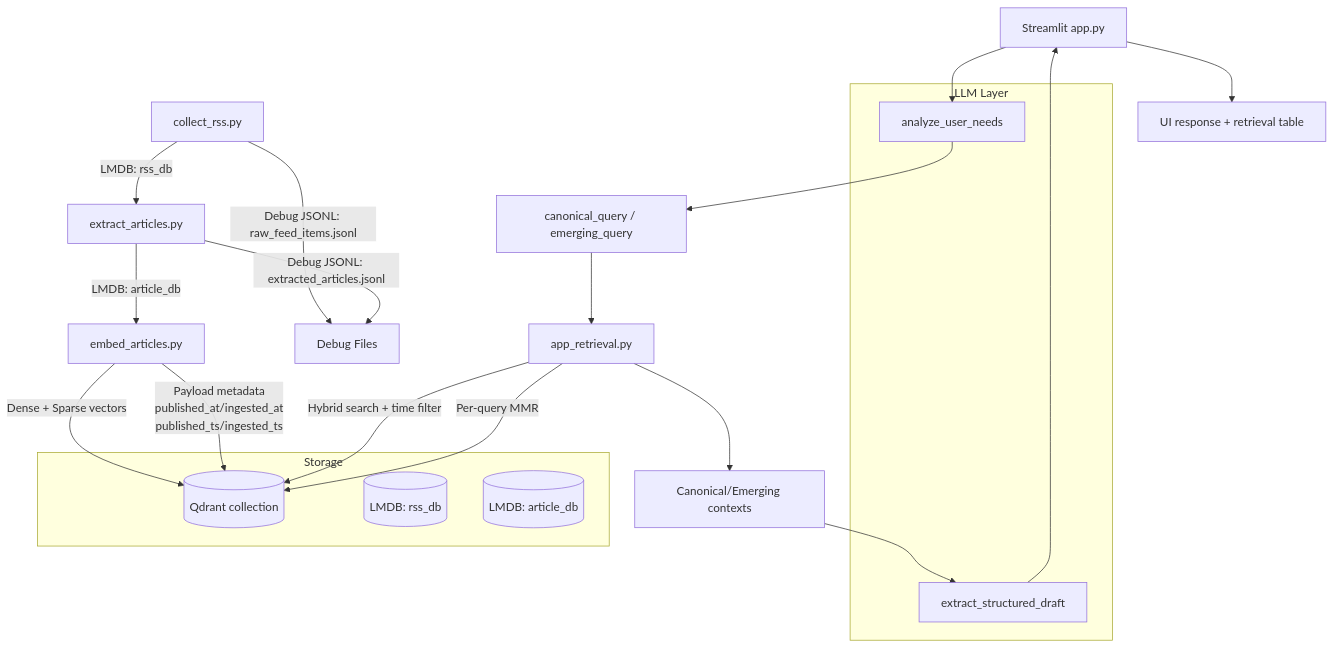
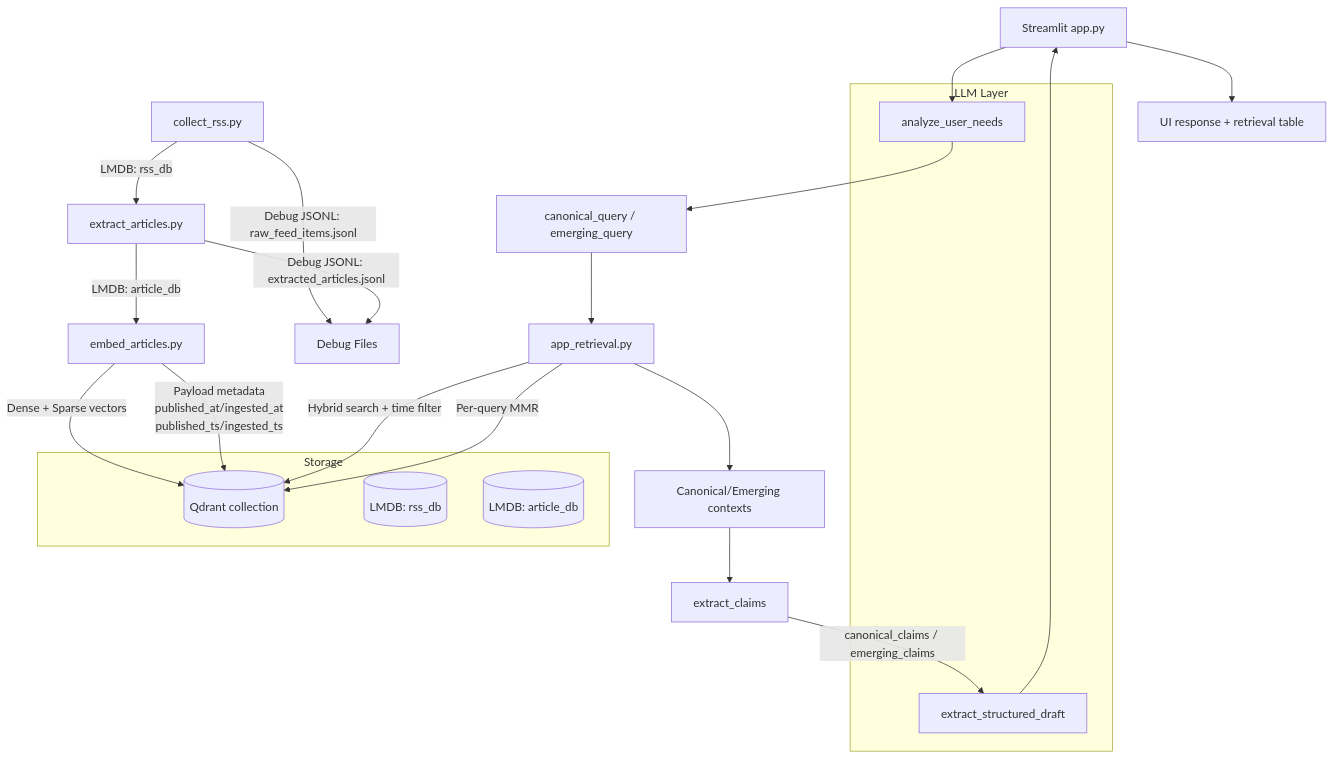
One commit to mofuteq/trend-to-rule changed the diagram in README.md. Above: the diagram before and after it, drawn with Mermaid. The commit also changed other lines of this file and 1 other file, not shown here.

Commit message:
chore: add MIT license and align README architecture with current pipeline

````diff
--- a/README.md
+++ b/README.md
@@ -56,34 +57,35 @@
 ```mermaid
 flowchart TD
     A[collect_rss.py] -->|LMDB: rss_db| B[extract_articles.py]
     A -->|Debug JSONL: raw_feed_items.jsonl| J1[Debug Files]
 
     B -->|LMDB: article_db| C[embed_articles.py]
     B -->|Debug JSONL: extracted_articles.jsonl| J1
 
     C -->|Dense + Sparse vectors| D[(Qdrant collection)]
     C -->|Payload metadata\npublished_at/ingested_at\npublished_ts/ingested_ts| D
 
     E[Streamlit app.py] --> F[analyze_user_needs]
     F --> G[canonical_query / emerging_query]
 
     G --> H[app_retrieval.py]
     H -->|Hybrid search + time filter| D
     H -->|Per-query MMR| D
     H --> I[Canonical/Emerging contexts]
 
-    I --> K[extract_structured_draft]
+    I --> J[extract_claims]
+    J -->|canonical_claims / emerging_claims| K[extract_structured_draft]
     K --> E
     E --> L[UI response + retrieval table]
 
     subgraph LLM Layer
       F
       K
     end
 
     subgraph Storage
       B1[(LMDB: rss_db)]
       B2[(LMDB: article_db)]
       D
     end
 ```
````
